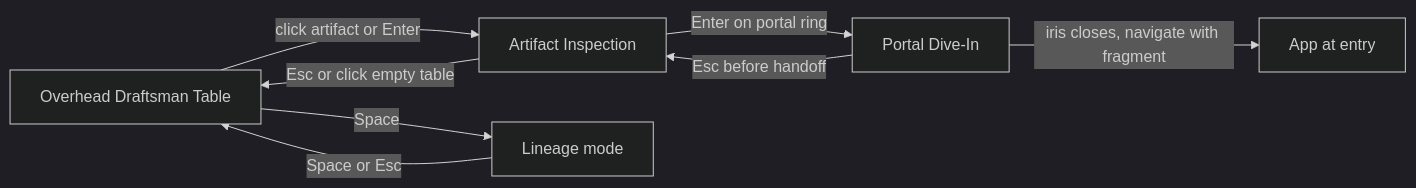
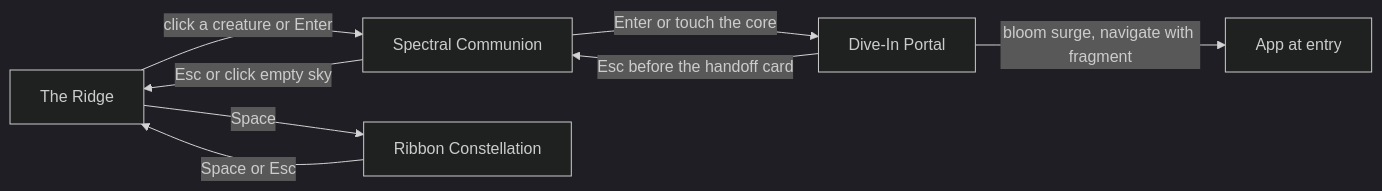
The diagram in prototypes/root-explorer/diagrams/camera.mmd (CinematicGenius007/independents), drawn with Mermaid (dark theme) before and after one commit. The commit also changed 5 other files, not shown here.

```diff
--- a/prototypes/root-explorer/diagrams/camera.mmd
+++ b/prototypes/root-explorer/diagrams/camera.mmd
@@ -1,8 +1,8 @@
 flowchart LR
-  O["Overhead Draftsman Table"] -->|"click artifact or Enter"| I["Artifact Inspection"]
-  I -->|"Esc or click empty table"| O
-  I -->|"Enter on portal ring"| P["Portal Dive-In"]
-  P -->|"Esc before handoff"| I
-  P -->|"iris closes, navigate with fragment"| A["App at entry"]
-  O -->|"Space"| L["Lineage mode"]
-  L -->|"Space or Esc"| O
+  R["The Ridge"] -->|"click a creature or Enter"| C["Spectral Communion"]
+  C -->|"Esc or click empty sky"| R
+  C -->|"Enter or touch the core"| P["Dive-In Portal"]
+  P -->|"Esc before the handoff card"| C
+  P -->|"bloom surge, navigate with fragment"| A["App at entry"]
+  R -->|"Space"| B["Ribbon Constellation"]
+  B -->|"Space or Esc"| R
```
